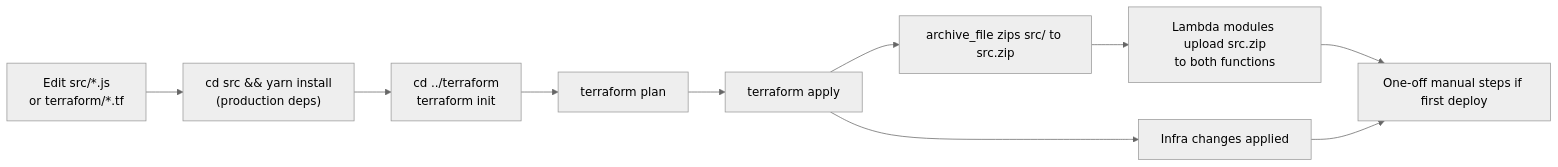
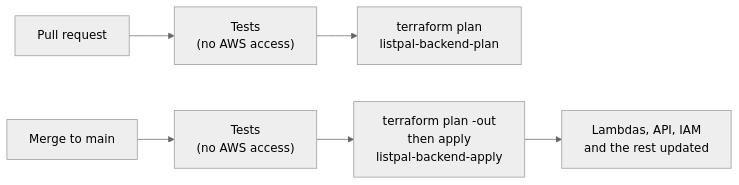
The tenth of 12 diagrams in ARCHITECTURE.md (TomBenjaminMorris/listpal-backend), drawn with Mermaid (neutral theme) before and after one commit. The commit also changed other lines of this file and 7 other files, not shown here.

First line of the commit message:
Test PRs and deploy main with GitHub Actions

````diff
--- a/ARCHITECTURE.md
+++ b/ARCHITECTURE.md
@@ -540,12 +543,8 @@
 ```mermaid
 flowchart LR
-    A["Edit src/*.js<br/>or terraform/*.tf"] --> B["cd src && yarn install<br/>(production deps)"]
-    B --> C["cd ../terraform<br/>terraform init"]
-    C --> D["terraform plan"]
-    D --> E["terraform apply"]
-    E --> F["archive_file zips src/ to src.zip"]
-    F --> G["Lambda modules upload src.zip<br/>to both functions"]
-    E --> H["Infra changes applied"]
-    G --> I["One-off manual steps if first deploy"]
-    H --> I
+    PR["Pull request"] --> T1["Tests<br/>(no AWS access)"]
+    T1 --> P["terraform plan<br/>listpal-backend-plan"]
+    M["Merge to main"] --> T2["Tests<br/>(no AWS access)"]
+    T2 --> AP["terraform plan -out<br/>then apply<br/>listpal-backend-apply"]
+    AP --> L["Lambdas, API, IAM<br/>and the rest updated"]
 ```
````
